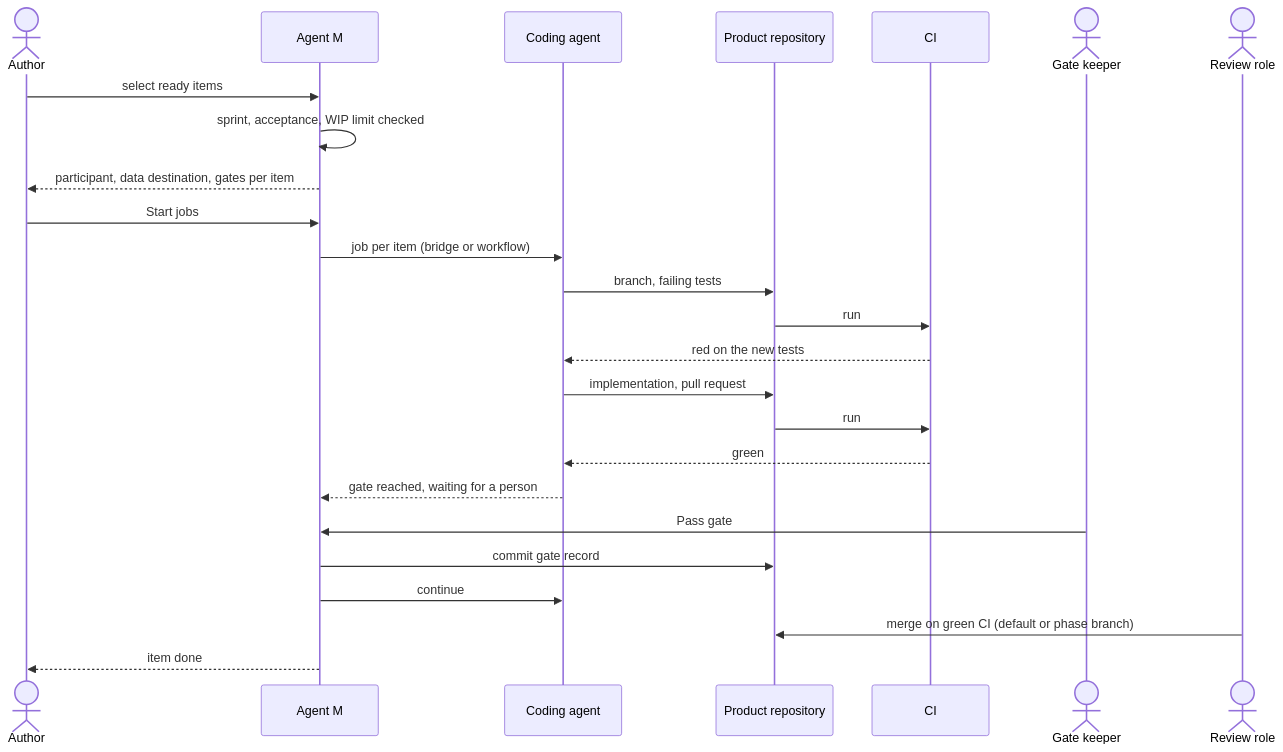
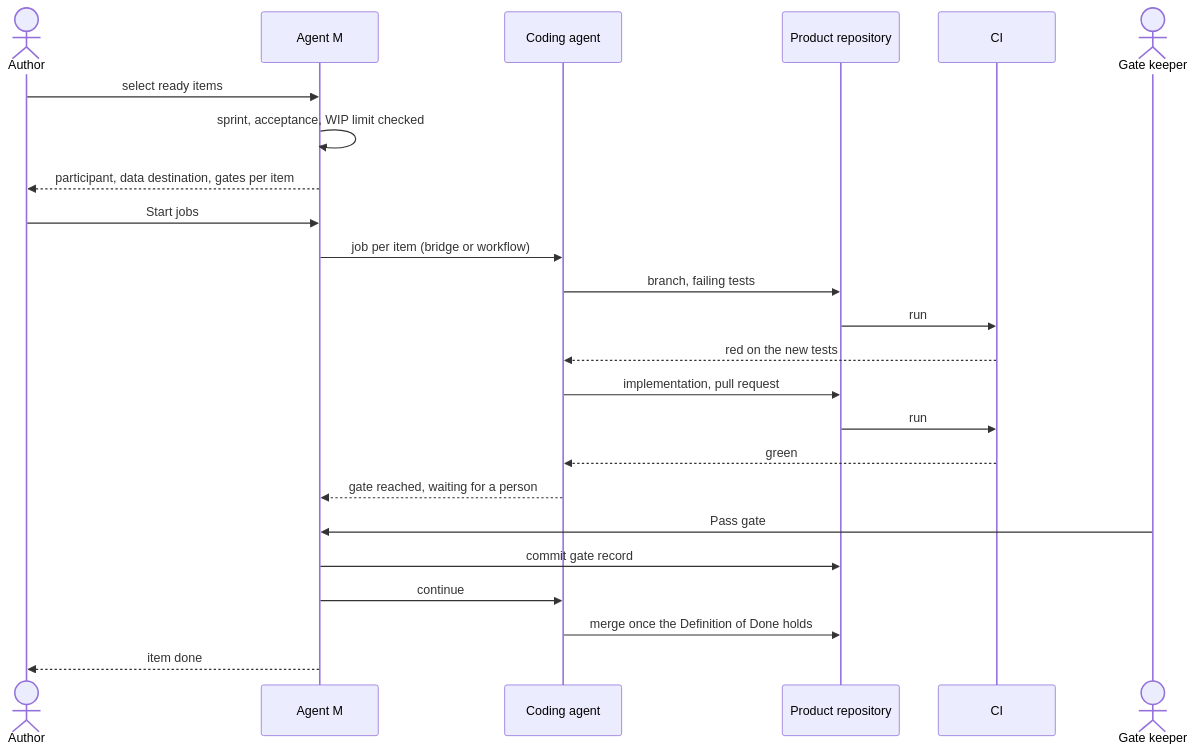
The diagram in docs/use-cases/UC-034-implement-backlog-items-with-a-coding-agent.md (akmaier/agent-m), drawn with Mermaid before and after one commit. The commit also changed other lines of this file and 22 other files, not shown here.

````diff
--- a/docs/use-cases/UC-034-implement-backlog-items-with-a-coding-agent.md
+++ b/docs/use-cases/UC-034-implement-backlog-items-with-a-coding-agent.md
@@ -108,27 +107,26 @@
 ```mermaid
 sequenceDiagram
     actor A as Author
     participant M as Agent M
     participant C as Coding agent
     participant G as Product repository
     participant CI as CI
     actor K as Gate keeper
-    actor R as Review role
     A->>M: select ready items
     M->>M: sprint, acceptance, WIP limit checked
     M-->>A: participant, data destination, gates per item
     A->>M: Start jobs
     M->>C: job per item (bridge or workflow)
     C->>G: branch, failing tests
     G->>CI: run
     CI-->>C: red on the new tests
     C->>G: implementation, pull request
     G->>CI: run
     CI-->>C: green
     C-->>M: gate reached, waiting for a person
     K->>M: Pass gate
     M->>G: commit gate record
     M->>C: continue
-    R->>G: merge on green CI (default or phase branch)
+    C->>G: merge once the Definition of Done holds
     M-->>A: item done
 ```
````
